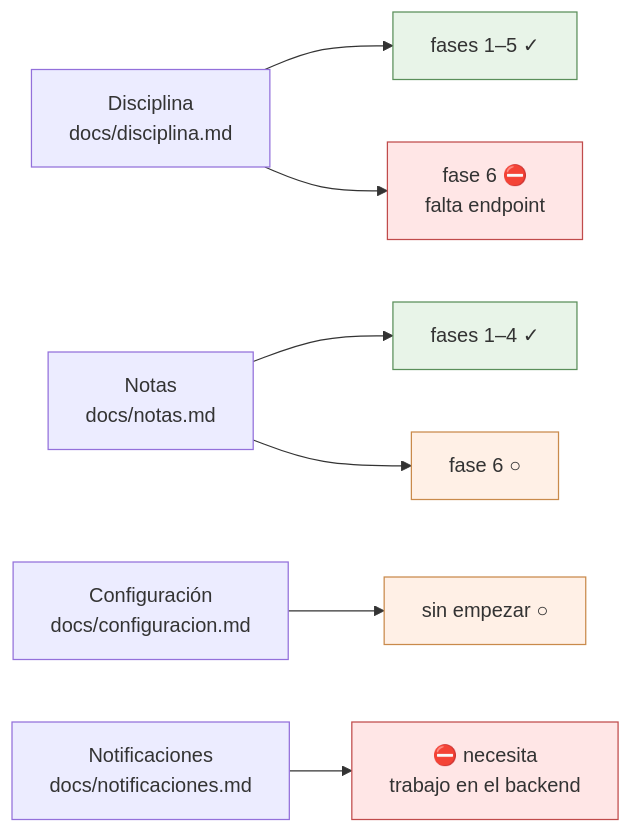
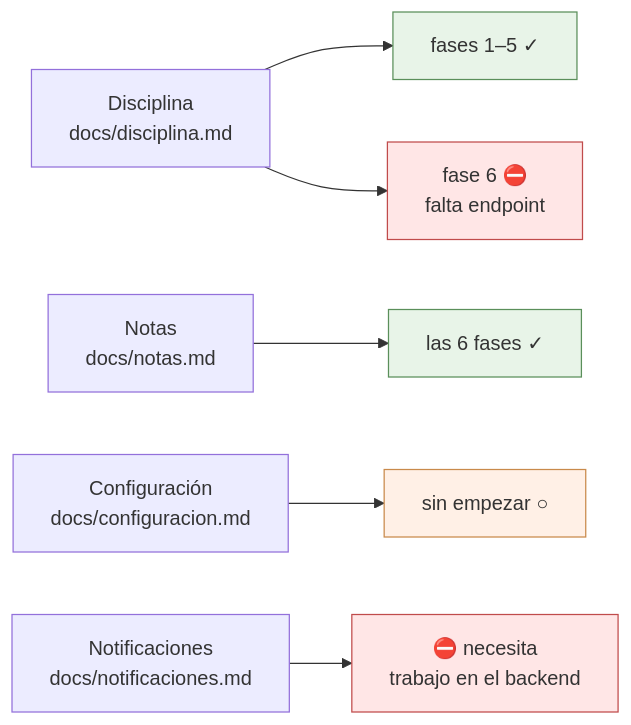
The diagram in docs/estado.md (bluesky777/myvc_flutter), drawn with Mermaid before and after one commit. The commit also changed other lines of this file and 14 other files, not shown here.

First line of the commit message:
feat(notas): frases, historial y borrar nota, la fase 6

````diff
--- a/docs/estado.md
+++ b/docs/estado.md
@@ -11,16 +11,14 @@
 ```mermaid
 flowchart LR
     D["Disciplina<br/>docs/disciplina.md"] --> D5["fases 1–5 ✓"]
     D --> D6["fase 6 ⛔<br/>falta endpoint"]
-    N["Notas<br/>docs/notas.md"] --> N4["fases 1–4 ✓"]
-    N --> N56["fase 6 ○"]
+    N["Notas<br/>docs/notas.md"] --> N4["las 6 fases ✓"]
     C["Configuración<br/>docs/configuracion.md"] --> C0["sin empezar ○"]
     P["Notificaciones<br/>docs/notificaciones.md"] --> P0["⛔ necesita<br/>trabajo en el backend"]
 
     style D5 fill:#e8f4e8,stroke:#5a8f5a
     style N4 fill:#e8f4e8,stroke:#5a8f5a
     style D6 fill:#ffe6e6,stroke:#c04b4b
     style P0 fill:#ffe6e6,stroke:#c04b4b
-    style N56 fill:#fff0e6,stroke:#c98a4b
     style C0 fill:#fff0e6,stroke:#c98a4b
 ```
````
